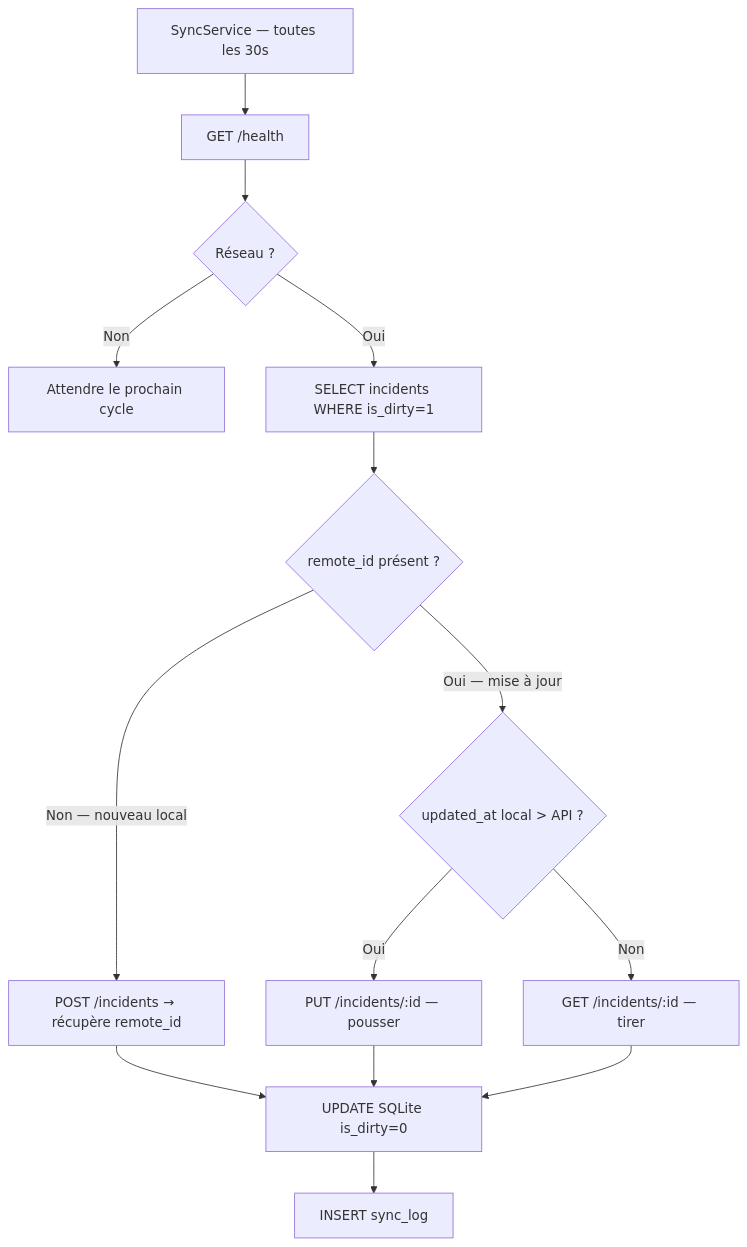
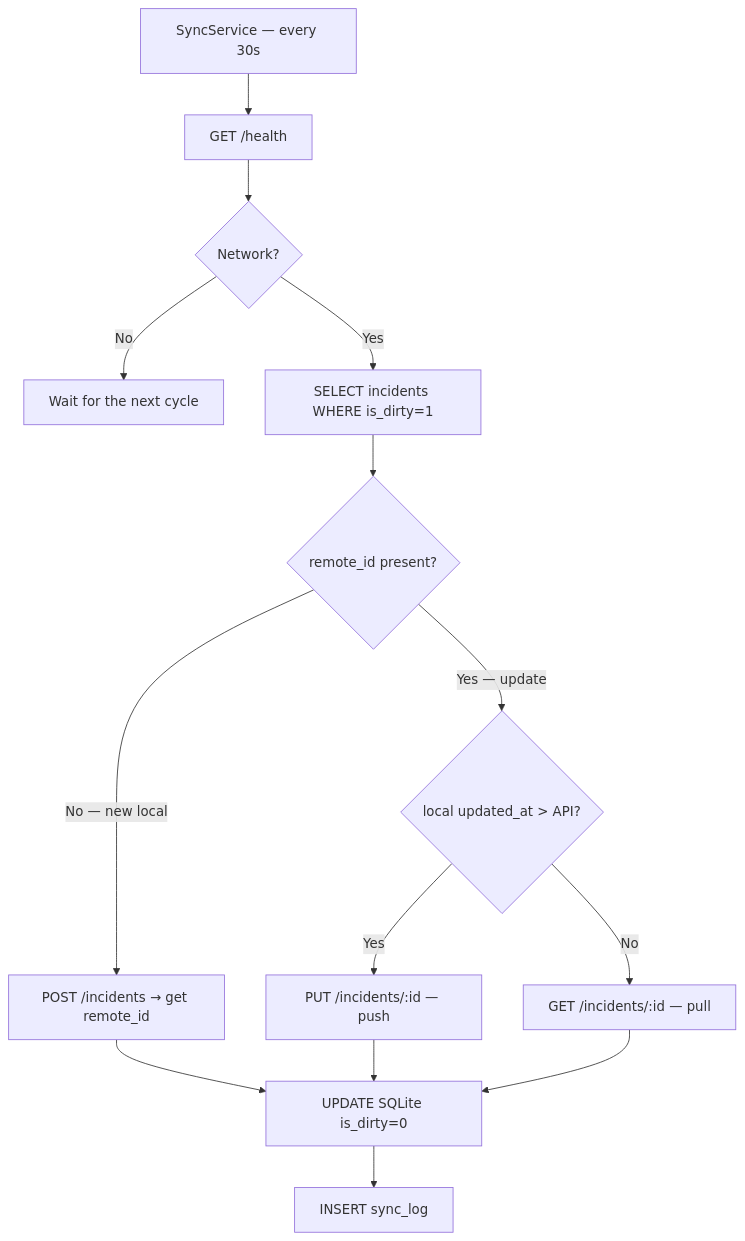
Before and after one commit to creibaud/QuartierConnect: diagram 19 of 20 in docs/RAPPORT-ETAPE3.md, drawn with Mermaid. The commit also changed other lines of this file and 155 other files, not shown here.

````diff
--- a/docs/RAPPORT-ETAPE3.md
+++ b/docs/RAPPORT-ETAPE3.md
@@ -683,16 +683,16 @@
 ```mermaid
 flowchart TD
-    A[SyncService — toutes les 30s] --> B[GET /health]
-    B --> C{Réseau ?}
-    C -->|Non| D[Attendre le prochain cycle]
-    C -->|Oui| E[SELECT incidents WHERE is_dirty=1]
-    E --> F{remote_id présent ?}
-    F -->|Non — nouveau local| G[POST /incidents → récupère remote_id]
-    F -->|Oui — mise à jour| H{updated_at local > API ?}
-    H -->|Oui| I[PUT /incidents/:id — pousser]
-    H -->|Non| J[GET /incidents/:id — tirer]
+    A[SyncService — every 30s] --> B[GET /health]
+    B --> C{Network?}
+    C -->|No| D[Wait for the next cycle]
+    C -->|Yes| E[SELECT incidents WHERE is_dirty=1]
+    E --> F{remote_id present?}
+    F -->|No — new local| G[POST /incidents → get remote_id]
+    F -->|Yes — update| H{local updated_at > API?}
+    H -->|Yes| I[PUT /incidents/:id — push]
+    H -->|No| J[GET /incidents/:id — pull]
     G --> K[UPDATE SQLite is_dirty=0]
     I --> K
     J --> K
     K --> L[INSERT sync_log]
 ```
````
